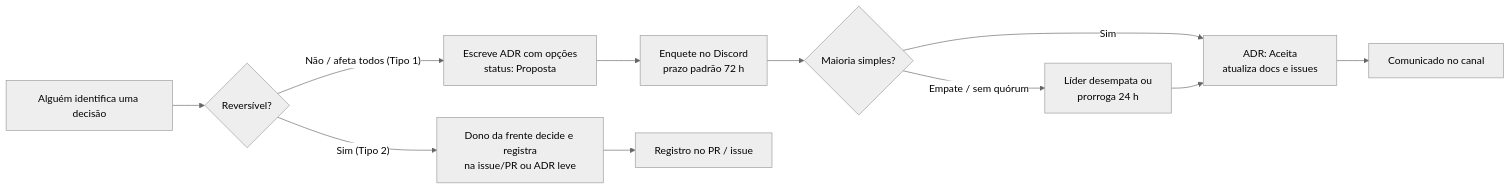
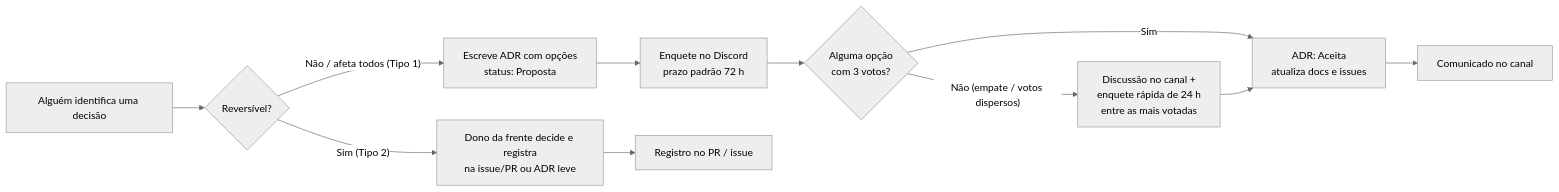
The first of 2 diagrams in docs/00-guia-do-grupo/como-trabalhamos.md (HermandoThiago/FIAP-SOAT), drawn with Mermaid (neutral theme) before and after one commit. The commit also changed other lines of this file and 4 other files, not shown here.

First line of the commit message:
docs(guia): regra de vitória da enquete — 3 votos; empate vai a discussão + enquete rápida de 24 h

````diff
--- a/docs/00-guia-do-grupo/como-trabalhamos.md
+++ b/docs/00-guia-do-grupo/como-trabalhamos.md
@@ -31,13 +31,13 @@
 ```mermaid
 flowchart LR
     A[Alguém identifica uma decisão] --> B{Reversível?}
     B -- "Sim (Tipo 2)" --> C[Dono da frente decide e registra<br/>na issue/PR ou ADR leve]
     B -- "Não / afeta todos (Tipo 1)" --> D[Escreve ADR com opções<br/>status: Proposta]
     D --> E[Enquete no Discord<br/>prazo padrão 72 h]
-    E --> F{Maioria simples?}
+    E --> F{Alguma opção<br/>com 3 votos?}
     F -- Sim --> G[ADR: Aceita<br/>atualiza docs e issues]
-    F -- "Empate / sem quórum" --> H[Líder desempata ou<br/>prorroga 24 h]
+    F -- "Não (empate / votos dispersos)" --> H[Discussão no canal +<br/>enquete rápida de 24 h<br/>entre as mais votadas]
     H --> G
     C --> I[Registro no PR / issue]
     G --> J[Comunicado no canal]
 ```
````
